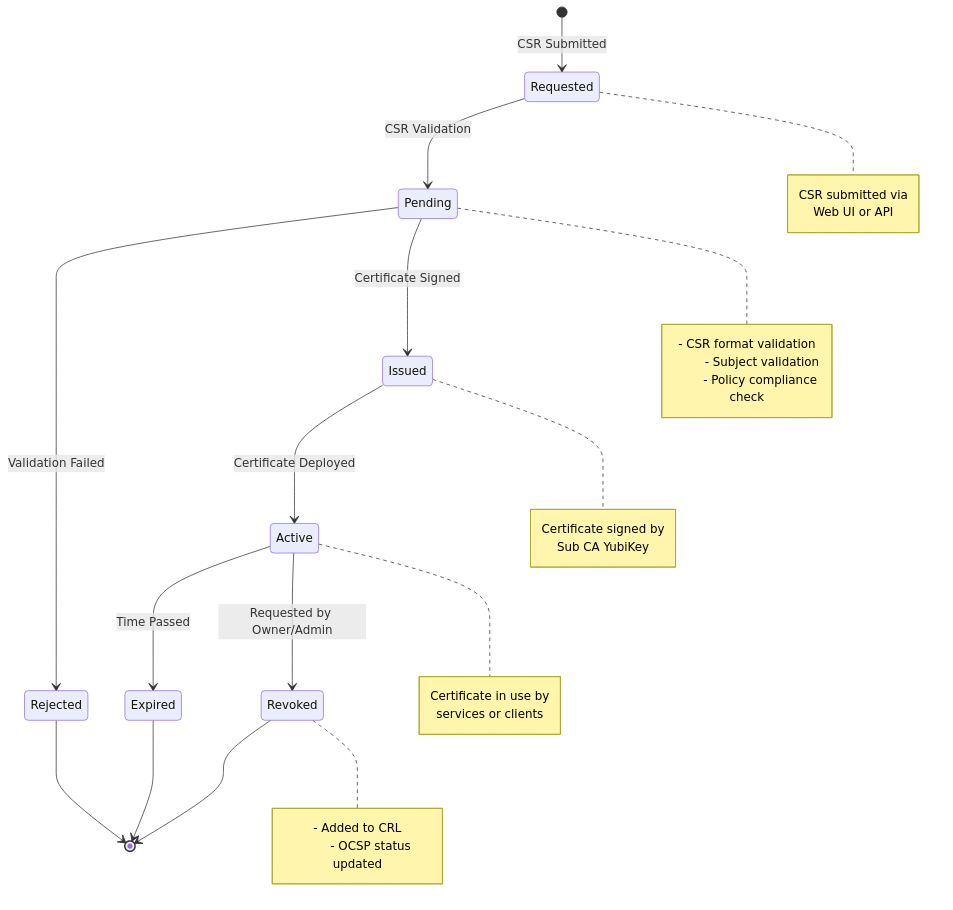
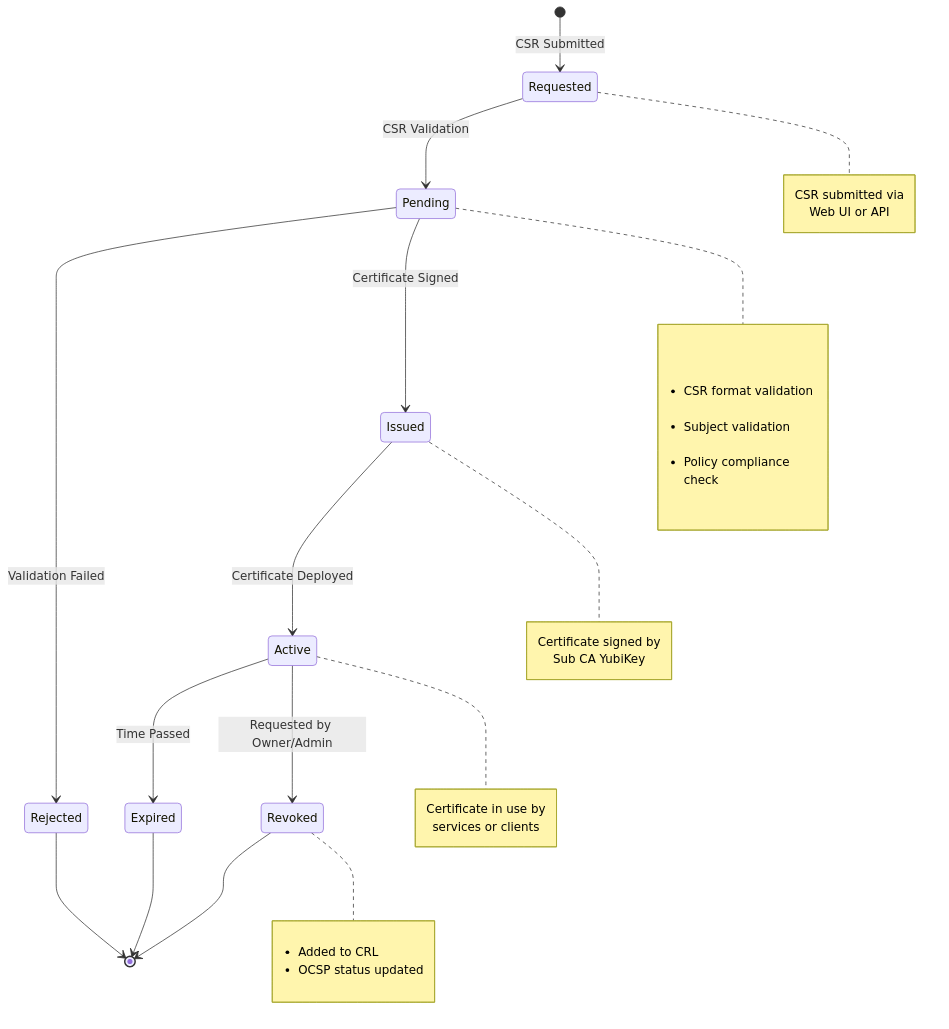
Before and after one commit to billchurch/PiCA: the first of 8 diagrams in docs/certificate-lifecycle.md, drawn with Mermaid.

Commit message:
fix: markdown lists to html

````diff
--- a/docs/certificate-lifecycle.md
+++ b/docs/certificate-lifecycle.md
@@ -7,43 +7,46 @@
 ```mermaid
 stateDiagram-v2
     [*] --> Requested: CSR Submitted
     
     Requested --> Pending: CSR Validation
     Pending --> Rejected: Validation Failed
     Pending --> Issued: Certificate Signed
     
     Issued --> Active: Certificate Deployed
     
     Active --> Expired: Time Passed
     Active --> Revoked: Requested by Owner/Admin
     
     Rejected --> [*]
     Expired --> [*]
     Revoked --> [*]
     
     note right of Requested
         CSR submitted via 
         Web UI or API
     end note
     
     note right of Pending
-        - CSR format validation
-        - Subject validation
-        - Policy compliance check
+        <ul style="text-align: left; padding-left: 20px;">
+        <li>CSR format validation
+        <li>Subject validation
+        <li>Policy compliance check
+        </ul>
     end note
     
     note right of Issued
         Certificate signed by 
         Sub CA YubiKey
     end note
     
     note right of Active
         Certificate in use by
         services or clients
     end note
     
     note right of Revoked
-        - Added to CRL
-        - OCSP status updated
+        <ul style="text-align: left; padding-left: 20px;">
+        <li>Added to CRL
+        <li>OCSP status updated
     end note
 ```
````
